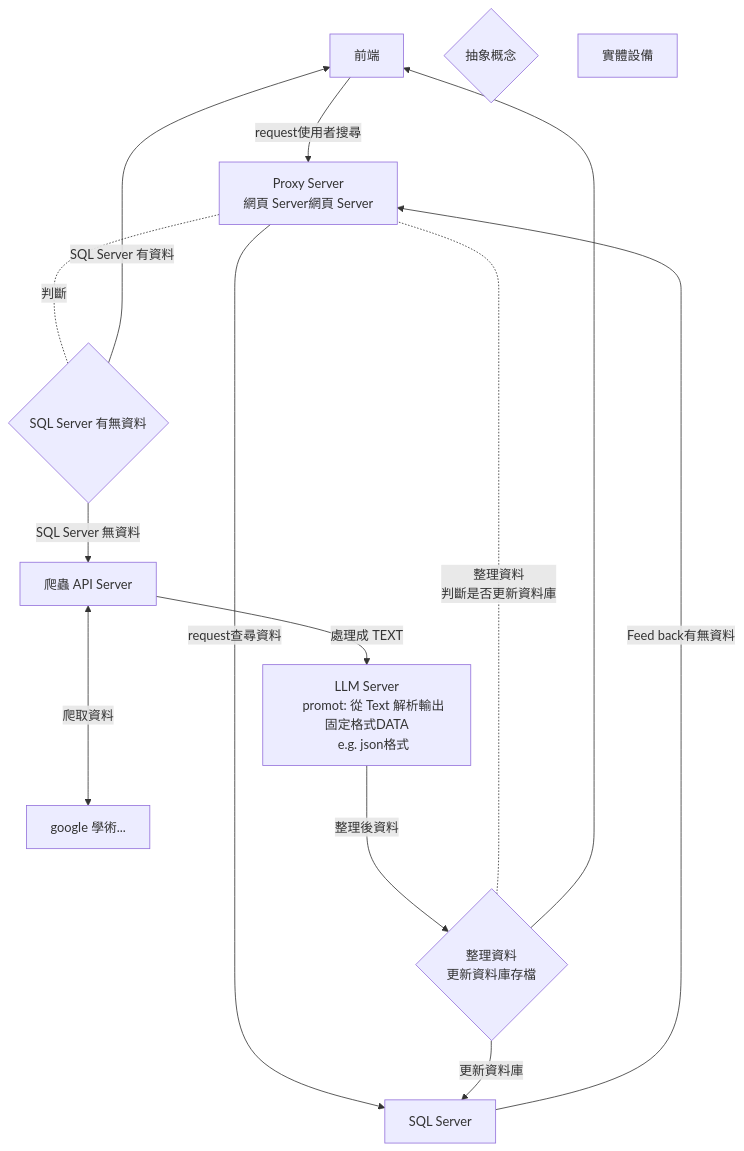
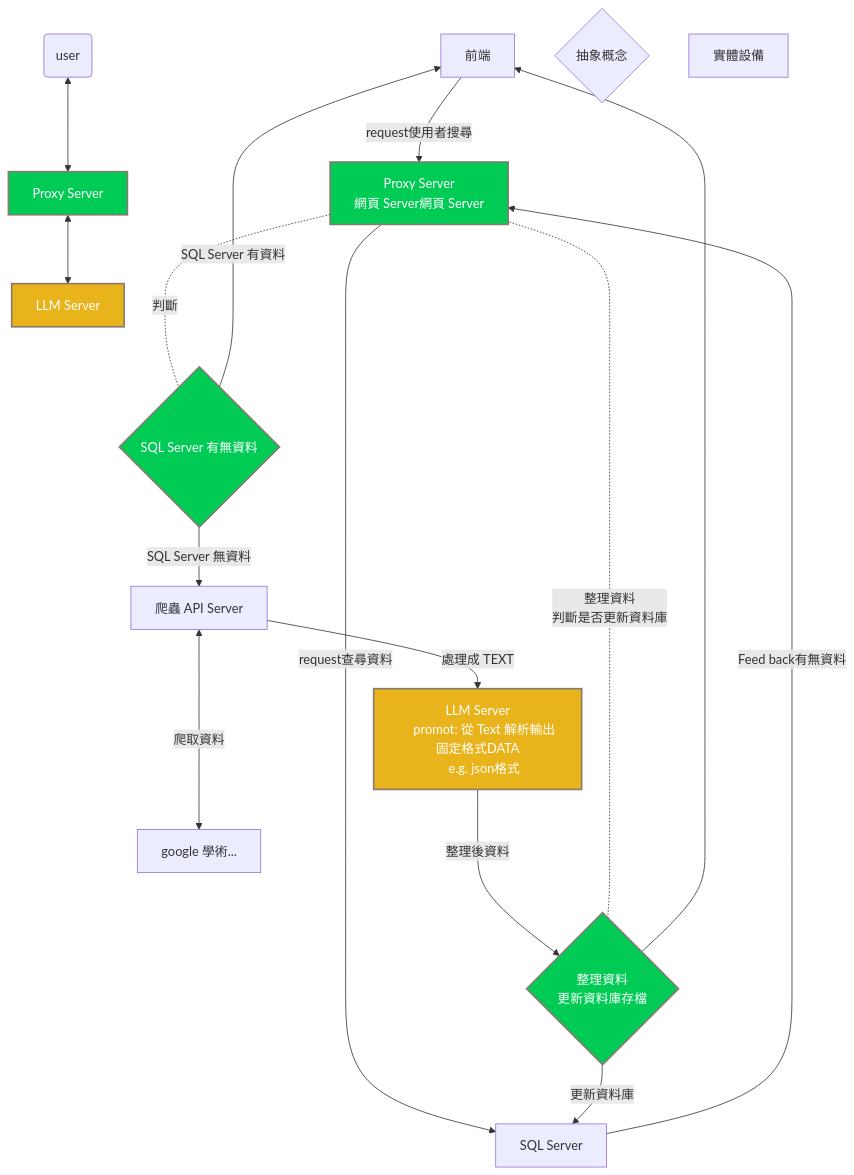
One commit to FUBUKINGFOX/promptdata changed the diagram in README.md. Above: the diagram before and after it, drawn with Mermaid.

````diff
--- a/README.md
+++ b/README.md
@@ -4,23 +4,39 @@
 ```mermaid
 flowchart TD
-    
+    K(user)
+    I[Proxy Server]
+    J[LLM Server]
+
+    K <--> I <--> J
+
     A[前端] -->|request使用者搜尋| B[Proxy Server
     網頁 Server網頁 Server]
     B -->|request查尋資料| C[SQL Server]
     C -->|Feed back有無資料| B
     B -..- |判斷|D{SQL Server 有無資料}
     D -->|SQL Server 無資料|E[爬蟲 API Server]
     D -->|SQL Server 有資料| A
     E <--->|爬取資料| F[google 學術...]
     E --> |處理成 TEXT| G[LLM Server
     promot: 從 Text 解析輸出固定格式DATA
     e.g. json格式]
     G --->|整理後資料| H{整理資料
     更新資料庫存檔}
     H -.-|整理資料
     判斷是否更新資料庫| B
     H --> |更新資料庫|C
     H --> A
+
+
+    style I fill:#00CC55, stroke:#877a71, stroke-width:2px, color:#ffffff
+    style B fill:#00CC55, stroke:#877a71, stroke-width:2px, color:#ffffff
+    style D fill:#00CC55, stroke:#877a71, stroke-width:2px, color:#ffffff
+    style H fill:#00CC55, stroke:#877a71, stroke-width:2px, color:#ffffff
+
+    style J fill:#e9b41b, stroke:#877a71, stroke-width:2px, color:#ffffff
+    style G fill:#e9b41b, stroke:#877a71, stroke-width:2px, color:#ffffff
+
+
     Z{抽象概念}
     Y[實體設備]
 ```
````
